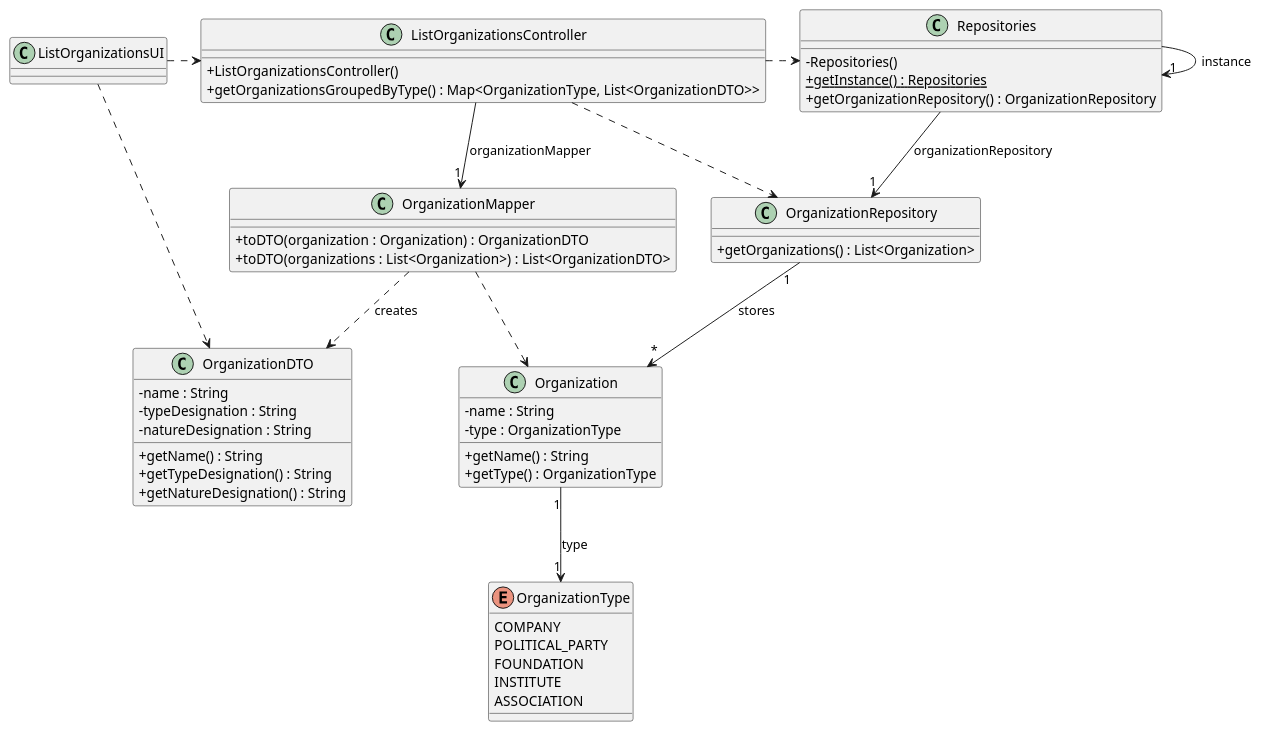
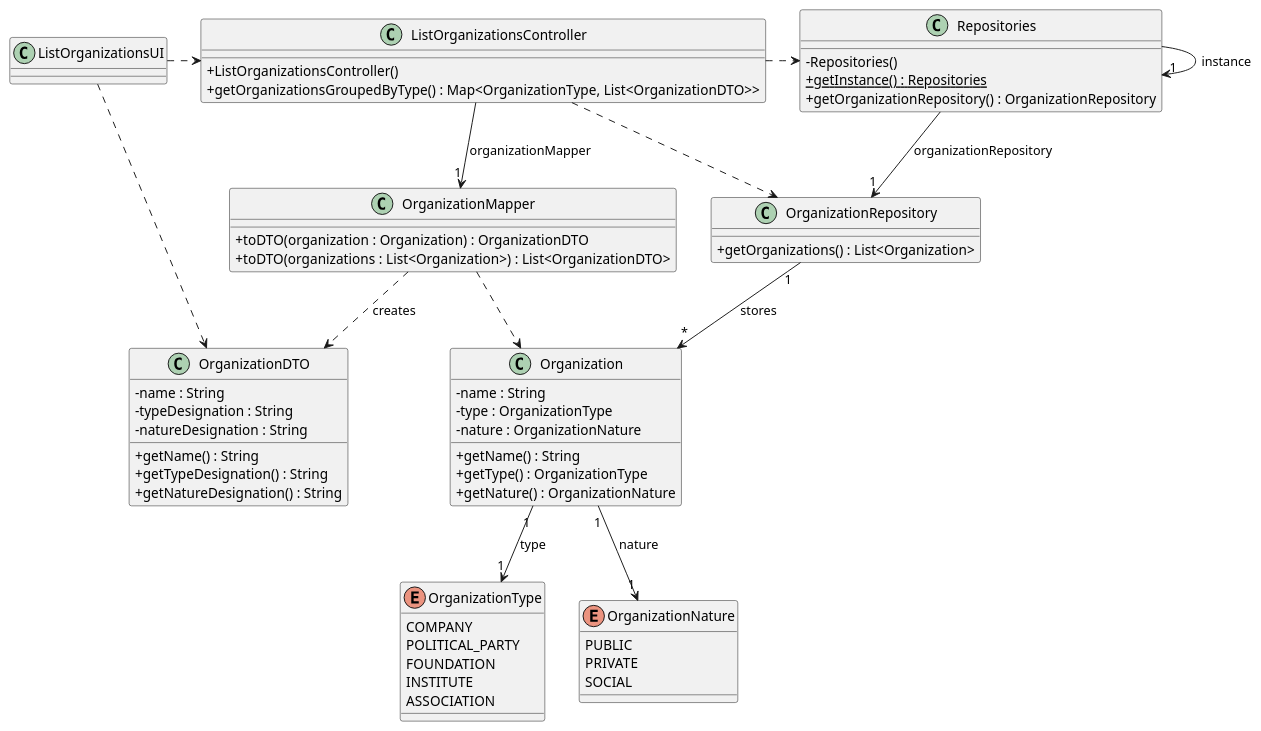
One commit to brunodspinto/crystal-clear-platform changed the diagram in docs/system-documentation/US03/03.design/puml/US03-CD.puml. Above: the diagram before and after it, drawn with PlantUML. The commit also changed 10 other files, not shown here.

```diff
--- a/docs/system-documentation/US03/03.design/puml/US03-CD.puml
+++ b/docs/system-documentation/US03/03.design/puml/US03-CD.puml
@@ -1,66 +1,75 @@
 @startuml US03-CD
 skinparam packageStyle rectangle
 skinparam shadowing false
 skinparam linetype polyline
 skinparam classAttributeIconSize 0
 
 class ListOrganizationsUI {
 }
 
 class ListOrganizationsController {
     + ListOrganizationsController()
     + getOrganizationsGroupedByType() : Map<OrganizationType, List<OrganizationDTO>>
 }
 
 class OrganizationMapper {
     + toDTO(organization : Organization) : OrganizationDTO
     + toDTO(organizations : List<Organization>) : List<OrganizationDTO>
 }
 
 class OrganizationDTO {
     - name : String
     - typeDesignation : String
     - natureDesignation : String
     + getName() : String
     + getTypeDesignation() : String
     + getNatureDesignation() : String
 }
 
 class OrganizationRepository {
     + getOrganizations() : List<Organization>
 }
 
 class Repositories {
     - Repositories()
     + {static} getInstance() : Repositories
     + getOrganizationRepository() : OrganizationRepository
 }
 
 class Organization {
     - name : String
     - type : OrganizationType
+    - nature : OrganizationNature
     + getName() : String
     + getType() : OrganizationType
+    + getNature() : OrganizationNature
 }
 
 enum OrganizationType {
     COMPANY
     POLITICAL_PARTY
     FOUNDATION
     INSTITUTE
     ASSOCIATION
+}
+
+enum OrganizationNature {
+    PUBLIC
+    PRIVATE
+    SOCIAL
 }
 
 ListOrganizationsUI .> ListOrganizationsController
 ListOrganizationsUI ..> OrganizationDTO
 ListOrganizationsController --> "1" OrganizationMapper : organizationMapper
 OrganizationMapper ..> OrganizationDTO : creates
 OrganizationMapper ..> Organization
 ListOrganizationsController .> Repositories
 ListOrganizationsController ..> OrganizationRepository
 Repositories -> "1" Repositories : instance
 Repositories --> "1" OrganizationRepository : organizationRepository
 OrganizationRepository "1" --> "*" Organization : stores
 Organization "1" --> "1" OrganizationType : type
+Organization "1" --> "1" OrganizationNature : nature
 
 @enduml
```
